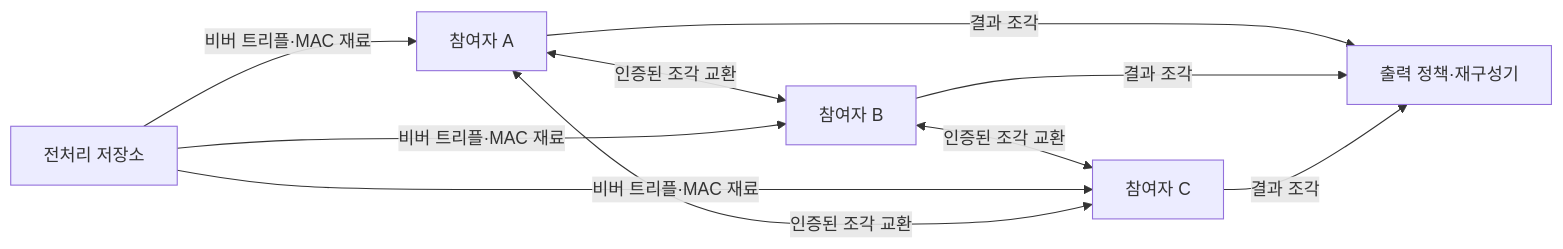
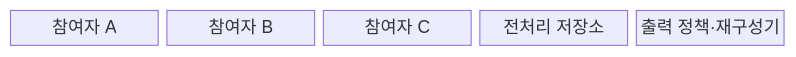
One commit to agnusdei1207/knowledge-base changed the first of 2 diagrams in src/content/docs/notes/05-security/017_secure_multi_party_computation.md. Above: the diagram before and after it, drawn with Mermaid. The commit also changed other lines of this file and 22 other files, not shown here.

````diff
--- a/src/content/docs/notes/05-security/017_secure_multi_party_computation.md
+++ b/src/content/docs/notes/05-security/017_secure_multi_party_computation.md
@@ -61,12 +63,9 @@
 ```mermaid
-flowchart LR
-    A["참여자 A"] <-->|"인증된 조각 교환"| B["참여자 B"]
-    B <-->|"인증된 조각 교환"| C["참여자 C"]
-    C <-->|"인증된 조각 교환"| A
-    P["전처리 저장소"] -->|"비버 트리플·MAC 재료"| A
-    P -->|"비버 트리플·MAC 재료"| B
-    P -->|"비버 트리플·MAC 재료"| C
-    A -->|"결과 조각"| O["출력 정책·재구성기"]
-    B -->|"결과 조각"| O
-    C -->|"결과 조각"| O
+block-beta
+    columns 5
+    A["참여자 A"]
+    B["참여자 B"]
+    C["참여자 C"]
+    P["전처리 저장소"]
+    O["출력 정책·재구성기"]
 ```
````
